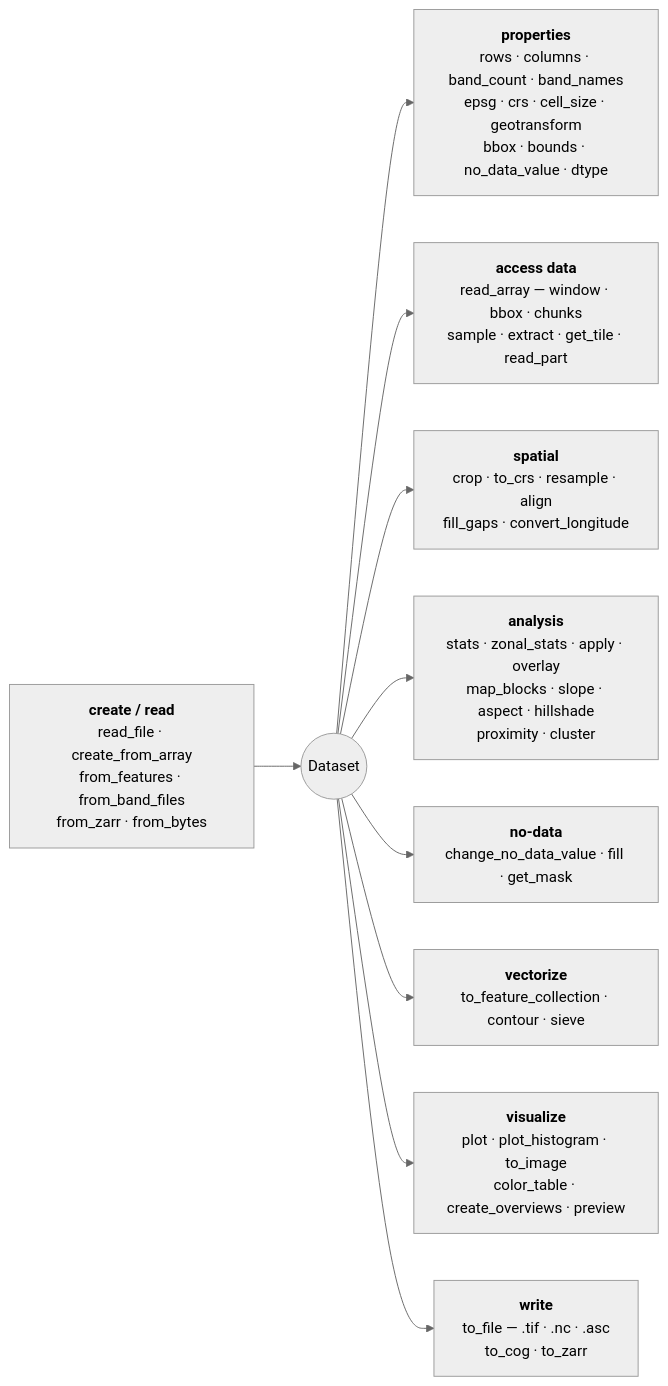
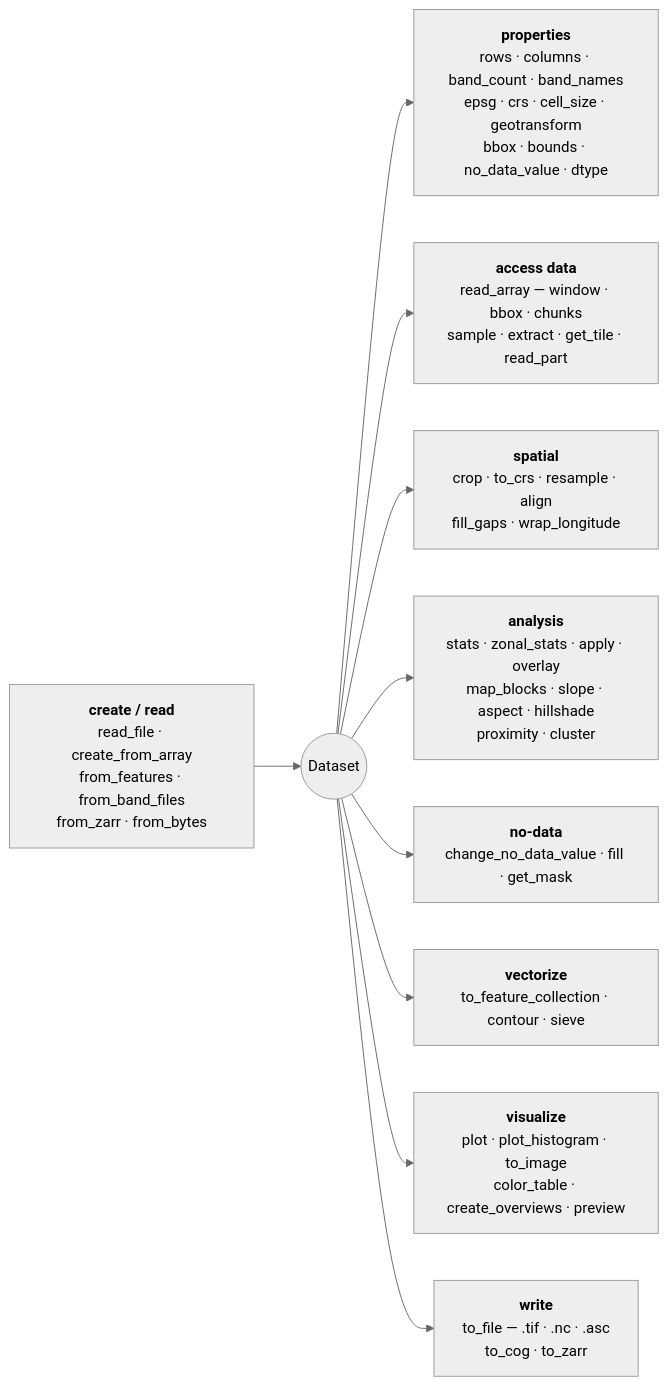
The first of 3 diagrams in docs/reference/dataset/index.md (serapeum-org/pyramids), drawn with Mermaid (neutral theme) before and after one commit. The commit also changed 106 other files, not shown here.

````diff
--- a/docs/reference/dataset/index.md
+++ b/docs/reference/dataset/index.md
@@ -5,13 +5,13 @@
 ```mermaid
 flowchart LR
     CR["<b>create / read</b><br/>read_file · create_from_array<br/>from_features · from_band_files<br/>from_zarr · from_bytes"] --> DS(("Dataset"))
 
     DS --> PR["<b>properties</b><br/>rows · columns · band_count · band_names<br/>epsg · crs · cell_size · geotransform<br/>bbox · bounds · no_data_value · dtype"]
     DS --> AC["<b>access data</b><br/>read_array — window · bbox · chunks<br/>sample · extract · get_tile · read_part"]
-    DS --> SP["<b>spatial</b><br/>crop · to_crs · resample · align<br/>fill_gaps · convert_longitude"]
+    DS --> SP["<b>spatial</b><br/>crop · to_crs · resample · align<br/>fill_gaps · wrap_longitude"]
     DS --> AN["<b>analysis</b><br/>stats · zonal_stats · apply · overlay<br/>map_blocks · slope · aspect · hillshade<br/>proximity · cluster"]
     DS --> ND["<b>no-data</b><br/>change_no_data_value · fill · get_mask"]
     DS --> VE["<b>vectorize</b><br/>to_feature_collection · contour · sieve"]
     DS --> VI["<b>visualize</b><br/>plot · plot_histogram · to_image<br/>color_table · create_overviews · preview"]
     DS --> WR["<b>write</b><br/>to_file — .tif · .nc · .asc<br/>to_cog · to_zarr"]
 ```
````
